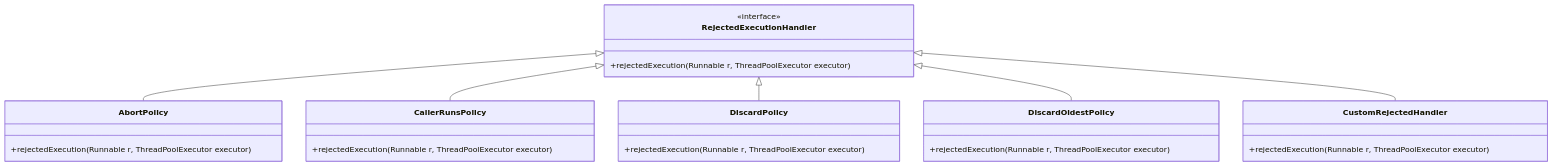
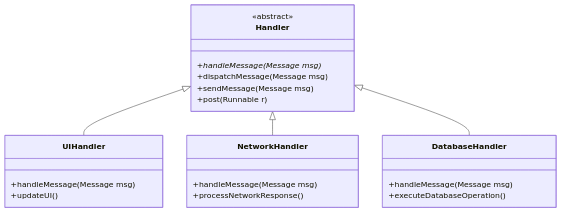
The eighth of 16 diagrams in 00.通用技术的提升/README.md (chongyang211/YCBookBlog), drawn with Mermaid before and after one commit. The commit also changed other lines of this file, not shown here.

````diff
--- a/00.通用技术的提升/README.md
+++ b/00.通用技术的提升/README.md
@@ -279,33 +352,29 @@
 ```mermaid
 classDiagram
-    class RejectedExecutionHandler {
-        <<interface>>
-        +rejectedExecution(Runnable r, ThreadPoolExecutor executor)
+    class Handler {
+        <<abstract>>
+        +handleMessage(Message msg)*
+        +dispatchMessage(Message msg)
+        +sendMessage(Message msg)
+        +post(Runnable r)
     }
     
-    class AbortPolicy {
-        +rejectedExecution(Runnable r, ThreadPoolExecutor executor)
+    class UIHandler {
+        +handleMessage(Message msg)
+        +updateUI()
     }
     
-    class CallerRunsPolicy {
-        +rejectedExecution(Runnable r, ThreadPoolExecutor executor)
+    class NetworkHandler {
+        +handleMessage(Message msg)
+        +processNetworkResponse()
     }
     
-    class DiscardPolicy {
-        +rejectedExecution(Runnable r, ThreadPoolExecutor executor)
+    class DatabaseHandler {
+        +handleMessage(Message msg)
+        +executeDatabaseOperation()
     }
     
-    class DiscardOldestPolicy {
-        +rejectedExecution(Runnable r, ThreadPoolExecutor executor)
-    }
-    
-    class CustomRejectedHandler {
-        +rejectedExecution(Runnable r, ThreadPoolExecutor executor)
-    }
-    
-    RejectedExecutionHandler <|-- AbortPolicy
-    RejectedExecutionHandler <|-- CallerRunsPolicy
-    RejectedExecutionHandler <|-- DiscardPolicy
-    RejectedExecutionHandler <|-- DiscardOldestPolicy
-    RejectedExecutionHandler <|-- CustomRejectedHandler
+    Handler <|-- UIHandler
+    Handler <|-- NetworkHandler
+    Handler <|-- DatabaseHandler
 ```
````
